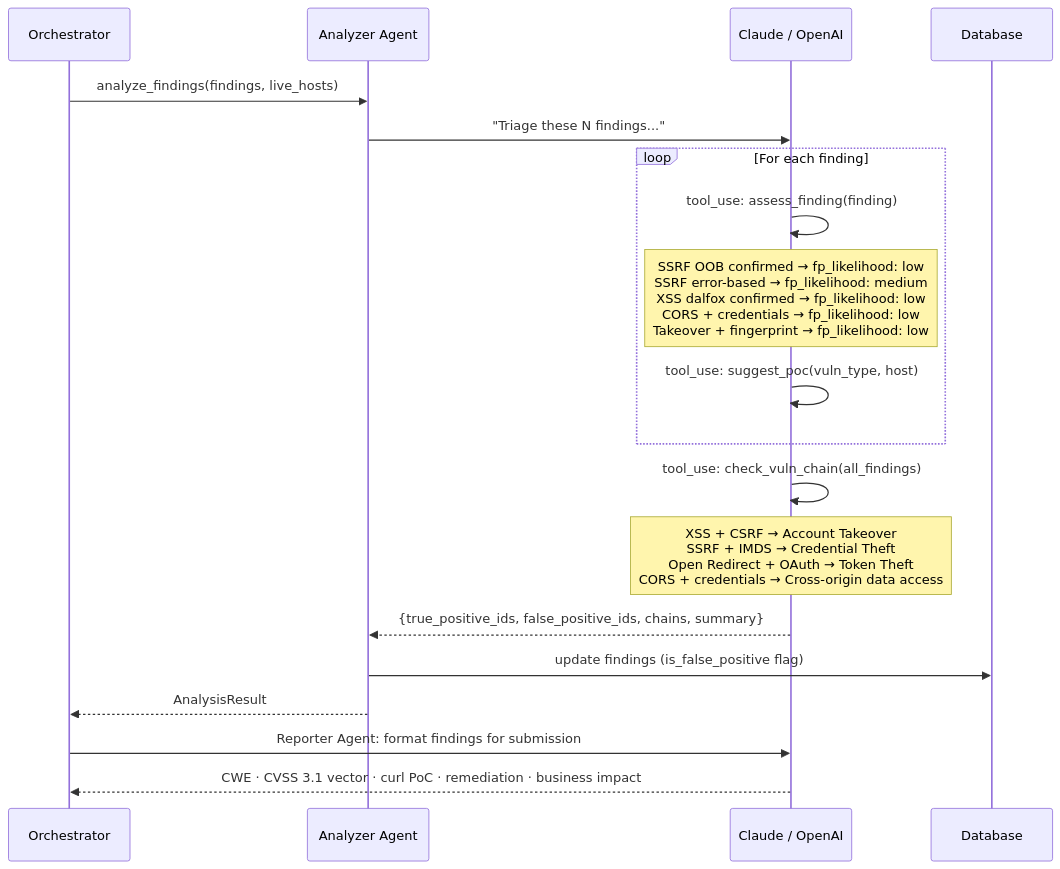
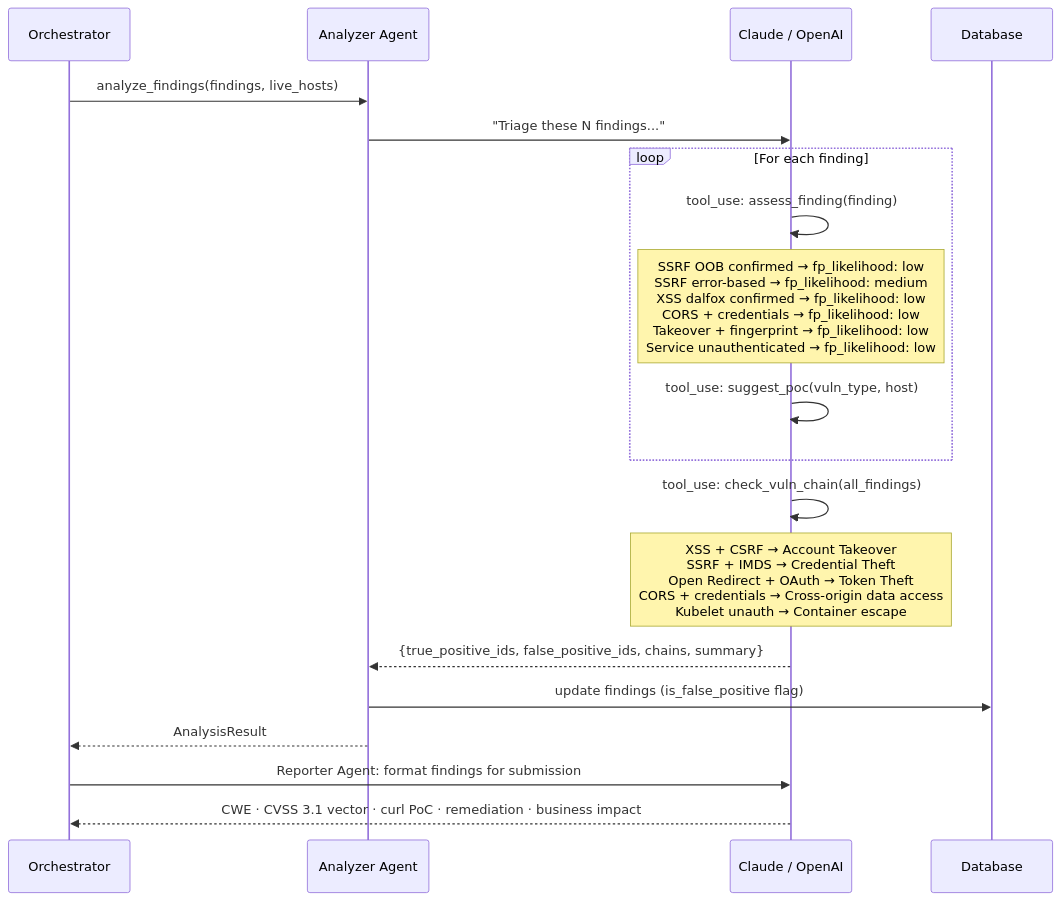
Diagram 11 of 12 in README.md (chegelawrence/liminal), drawn with Mermaid before and after one commit. The commit also changed other lines of this file and 13 other files, not shown here.

````diff
--- a/README.md
+++ b/README.md
@@ -539,23 +673,23 @@
 ```mermaid
 sequenceDiagram
     participant O as Orchestrator
     participant A as Analyzer Agent
     participant LLM as Claude / OpenAI
     participant DB as Database
 
     O->>A: analyze_findings(findings, live_hosts)
     A->>LLM: "Triage these N findings..."
     loop For each finding
         LLM->>LLM: tool_use: assess_finding(finding)
-        Note over LLM: SSRF OOB confirmed → fp_likelihood: low<br/>SSRF error-based → fp_likelihood: medium<br/>XSS dalfox confirmed → fp_likelihood: low<br/>CORS + credentials → fp_likelihood: low<br/>Takeover + fingerprint → fp_likelihood: low
+        Note over LLM: SSRF OOB confirmed → fp_likelihood: low<br/>SSRF error-based → fp_likelihood: medium<br/>XSS dalfox confirmed → fp_likelihood: low<br/>CORS + credentials → fp_likelihood: low<br/>Takeover + fingerprint → fp_likelihood: low<br/>Service unauthenticated → fp_likelihood: low
         LLM->>LLM: tool_use: suggest_poc(vuln_type, host)
     end
     LLM->>LLM: tool_use: check_vuln_chain(all_findings)
-    Note over LLM: XSS + CSRF → Account Takeover<br/>SSRF + IMDS → Credential Theft<br/>Open Redirect + OAuth → Token Theft<br/>CORS + credentials → Cross-origin data access
+    Note over LLM: XSS + CSRF → Account Takeover<br/>SSRF + IMDS → Credential Theft<br/>Open Redirect + OAuth → Token Theft<br/>CORS + credentials → Cross-origin data access<br/>Kubelet unauth → Container escape
     LLM-->>A: {true_positive_ids, false_positive_ids, chains, summary}
     A->>DB: update findings (is_false_positive flag)
     A-->>O: AnalysisResult
 
     O->>LLM: Reporter Agent: format findings for submission
     LLM-->>O: CWE · CVSS 3.1 vector · curl PoC · remediation · business impact
 ```
````
